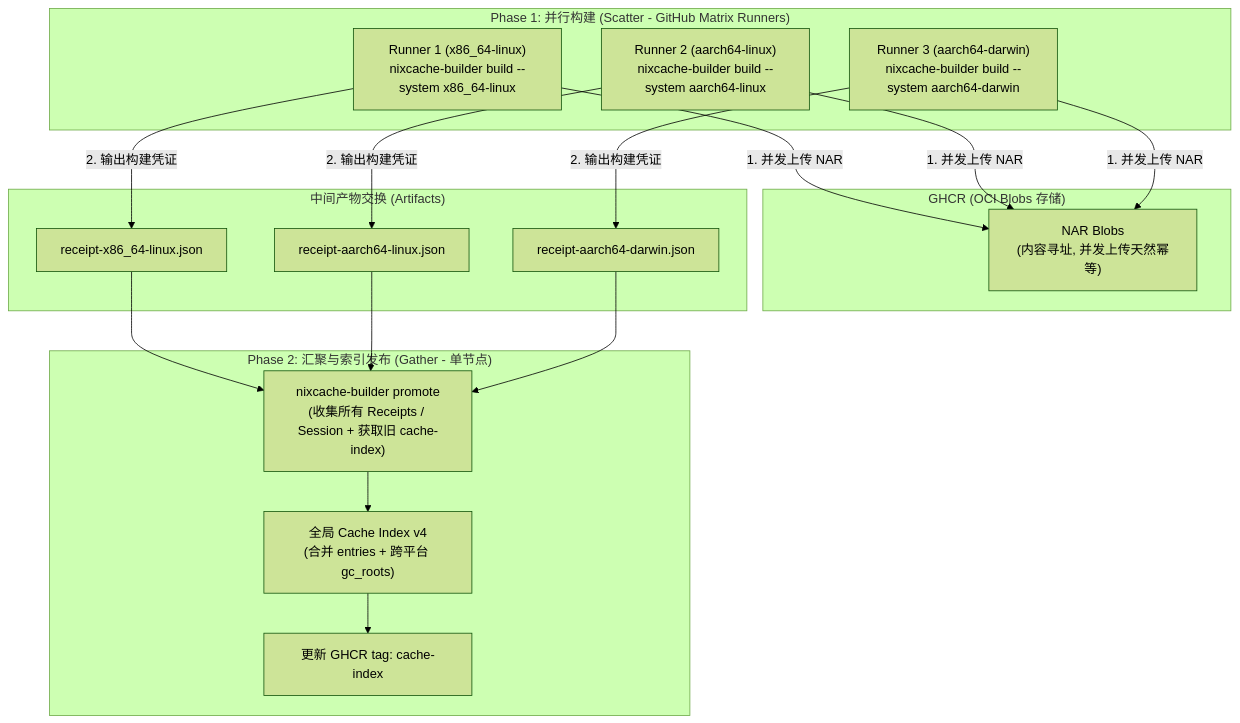
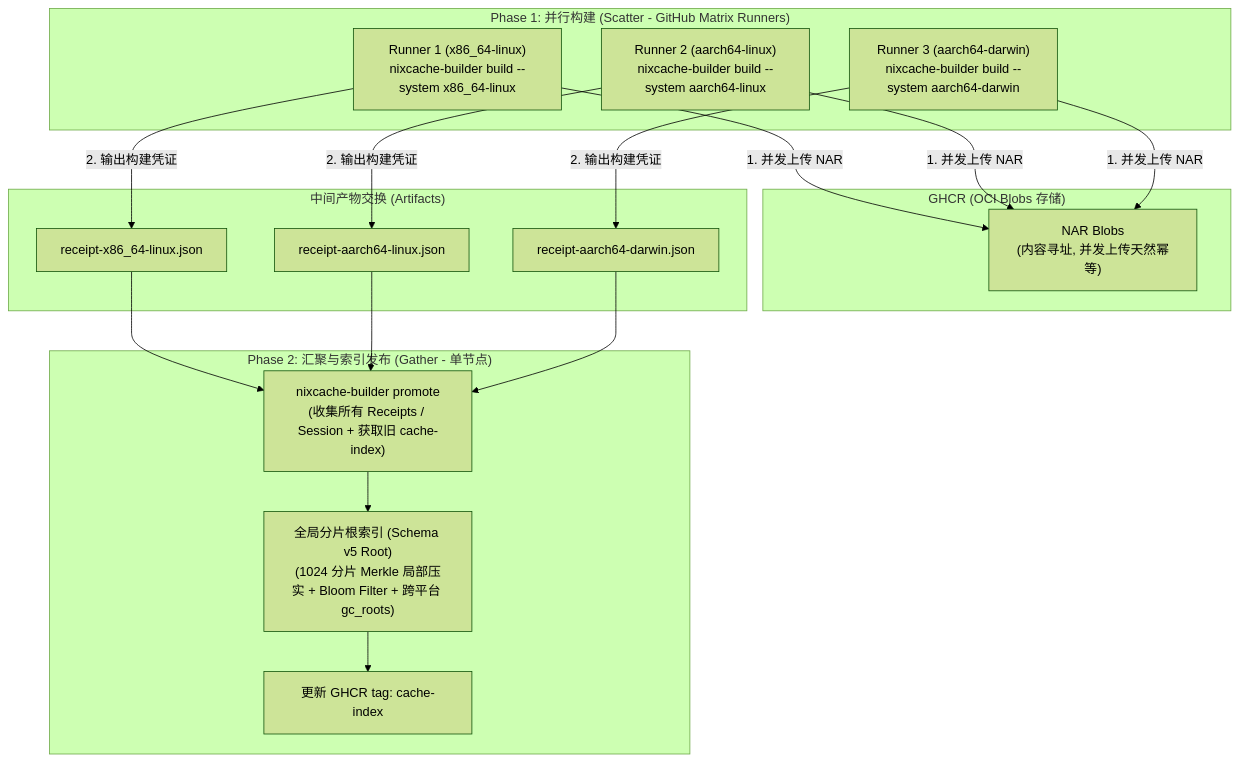
Before and after one commit to shaogme/nixcache-oci: the second of 3 diagrams in README.md, drawn with Mermaid (forest theme). The commit also changed other lines of this file and 49 other files, not shown here.

````diff
--- a/README.md
+++ b/README.md
@@ -932,39 +939,39 @@
 ```mermaid
 flowchart TD
     subgraph Matrix ["Phase 1: 并行构建 (Scatter - GitHub Matrix Runners)"]
         RunnerA["Runner 1 (x86_64-linux)<br>nixcache-builder build --system x86_64-linux"]
         RunnerB["Runner 2 (aarch64-linux)<br>nixcache-builder build --system aarch64-linux"]
         RunnerC["Runner 3 (aarch64-darwin)<br>nixcache-builder build --system aarch64-darwin"]
     end
 
     subgraph OCI_Blobs ["GHCR (OCI Blobs 存储)"]
         BlobStorage["NAR Blobs<br>(内容寻址, 并发上传天然幂等)"]
     end
 
     subgraph Receipts ["中间产物交换 (Artifacts)"]
         ReceiptA["receipt-x86_64-linux.json"]
         ReceiptB["receipt-aarch64-linux.json"]
         ReceiptC["receipt-aarch64-darwin.json"]
     end
 
     subgraph Gather ["Phase 2: 汇聚与索引发布 (Gather - 单节点)"]
         Merger["nixcache-builder promote<br>(收集所有 Receipts / Session + 获取旧 cache-index)"]
-        MergedIndex["全局 Cache Index v4<br>(合并 entries + 跨平台 gc_roots)"]
+        MergedIndex["全局分片根索引 (Schema v5 Root)<br>(1024 分片 Merkle 局部压实 + Bloom Filter + 跨平台 gc_roots)"]
         TagPush["更新 GHCR tag: cache-index"]
     end
 
     RunnerA -->|1. 并发上传 NAR| BlobStorage
     RunnerB -->|1. 并发上传 NAR| BlobStorage
     RunnerC -->|1. 并发上传 NAR| BlobStorage
 
     RunnerA -->|2. 输出构建凭证| ReceiptA
     RunnerB -->|2. 输出构建凭证| ReceiptB
     RunnerC -->|2. 输出构建凭证| ReceiptC
 
     ReceiptA --> Merger
     ReceiptB --> Merger
     ReceiptC --> Merger
 
     Merger --> MergedIndex
     MergedIndex --> TagPush
 ```
````
